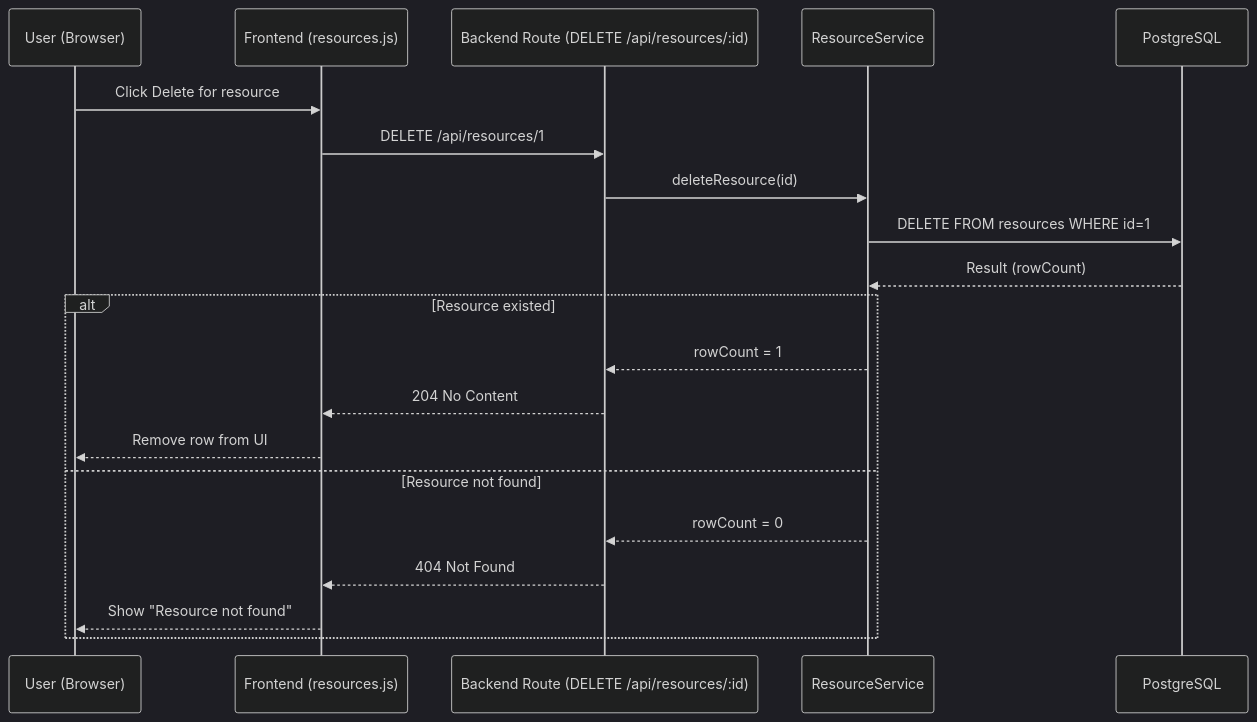
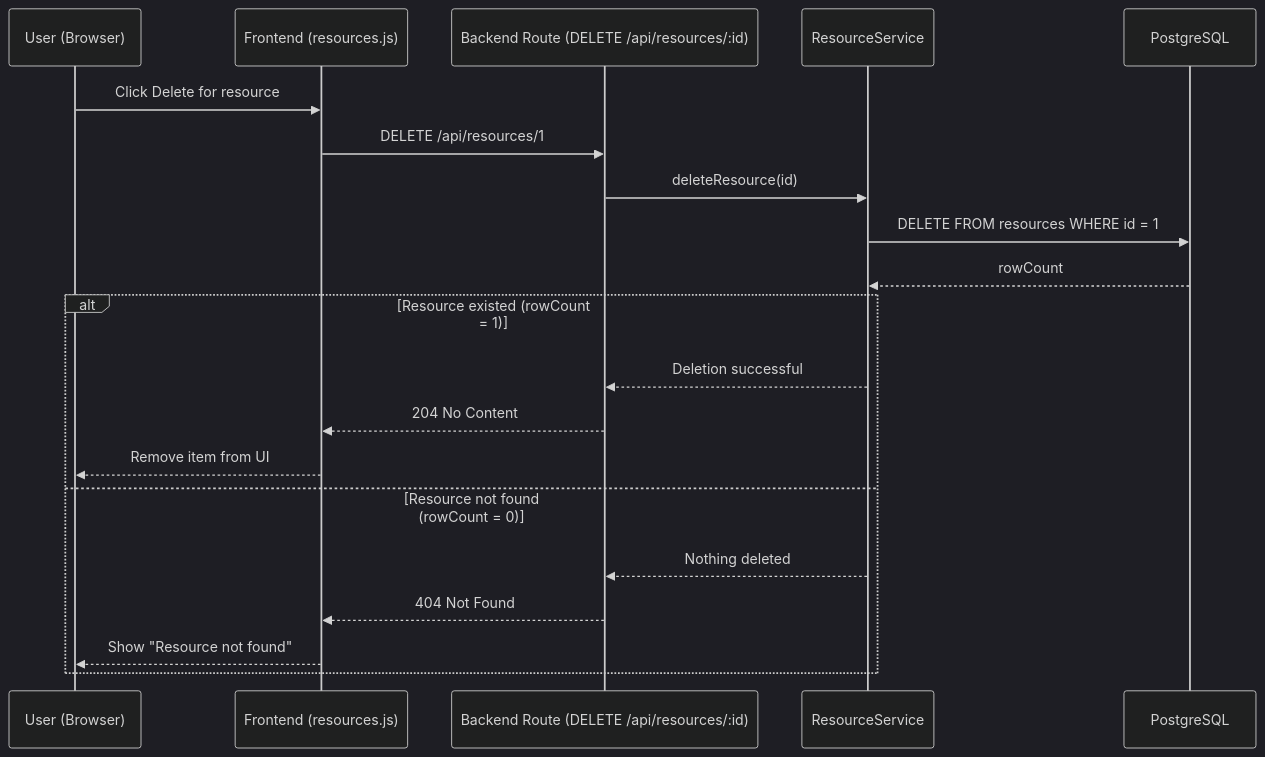
One commit to viekko/IT00AK35-3005-Web-kehitt-misen-jatkokurssi changed the fourth of 4 diagrams in BookingSystemPhase6/BookingSystemPhase6_Report.md. Above: the diagram before and after it, drawn with Mermaid (dark theme). The commit also changed other lines of this file, not shown here.

````diff
--- a/BookingSystemPhase6/BookingSystemPhase6_Report.md
+++ b/BookingSystemPhase6/BookingSystemPhase6_Report.md
@@ -94,25 +114,25 @@
 ```mermaid
 sequenceDiagram
     participant U as User (Browser)
     participant F as Frontend (resources.js)
     participant B as Backend Route (DELETE /api/resources/:id)
     participant S as ResourceService
     participant DB as PostgreSQL
 
     U->>F: Click Delete for resource #1
     F->>B: DELETE /api/resources/1
 
     B->>S: deleteResource(id)
-    S->>DB: DELETE FROM resources WHERE id=1
-    DB-->>S: Result (rowCount)
+    S->>DB: DELETE FROM resources WHERE id = 1
+    DB-->>S: rowCount
 
-    alt Resource existed
-        S-->>B: rowCount = 1
+    alt Resource existed (rowCount = 1)
+        S-->>B: Deletion successful
         B-->>F: 204 No Content
-        F-->>U: Remove row from UI
-    else Resource not found
-        S-->>B: rowCount = 0
+        F-->>U: Remove item from UI
+    else Resource not found (rowCount = 0)
+        S-->>B: Nothing deleted
         B-->>F: 404 Not Found
         F-->>U: Show "Resource not found"
     end
 ```
````
